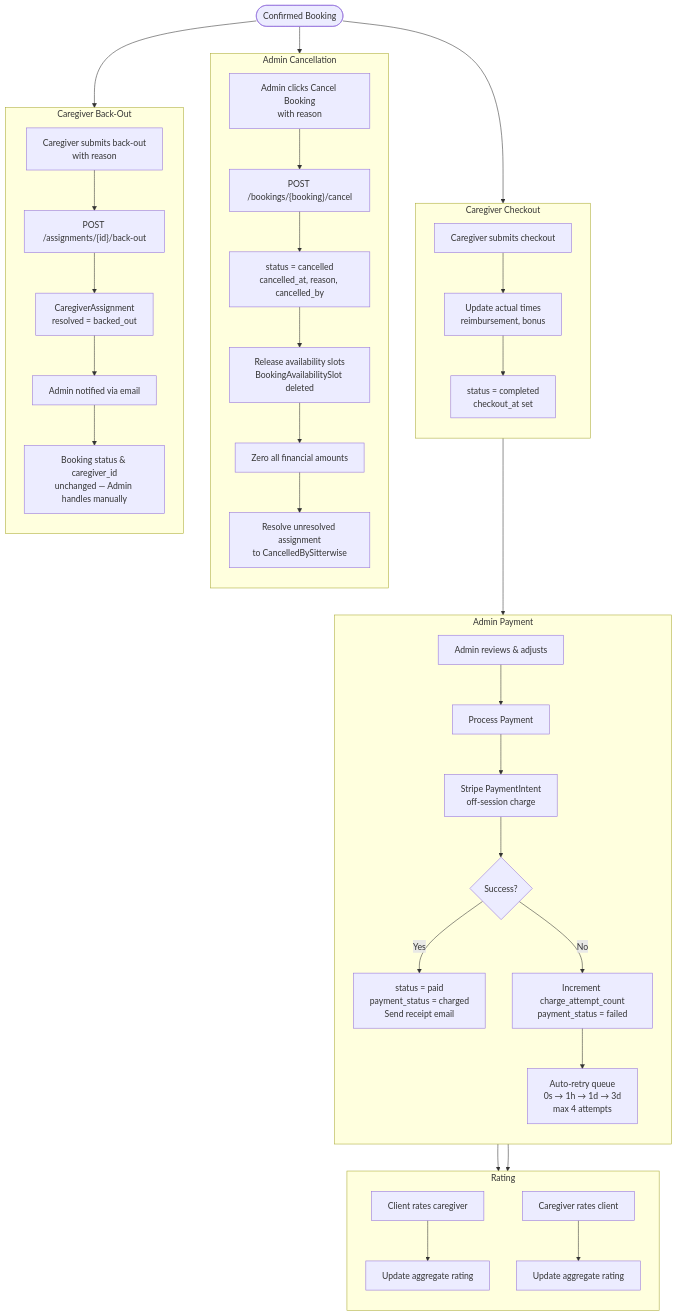
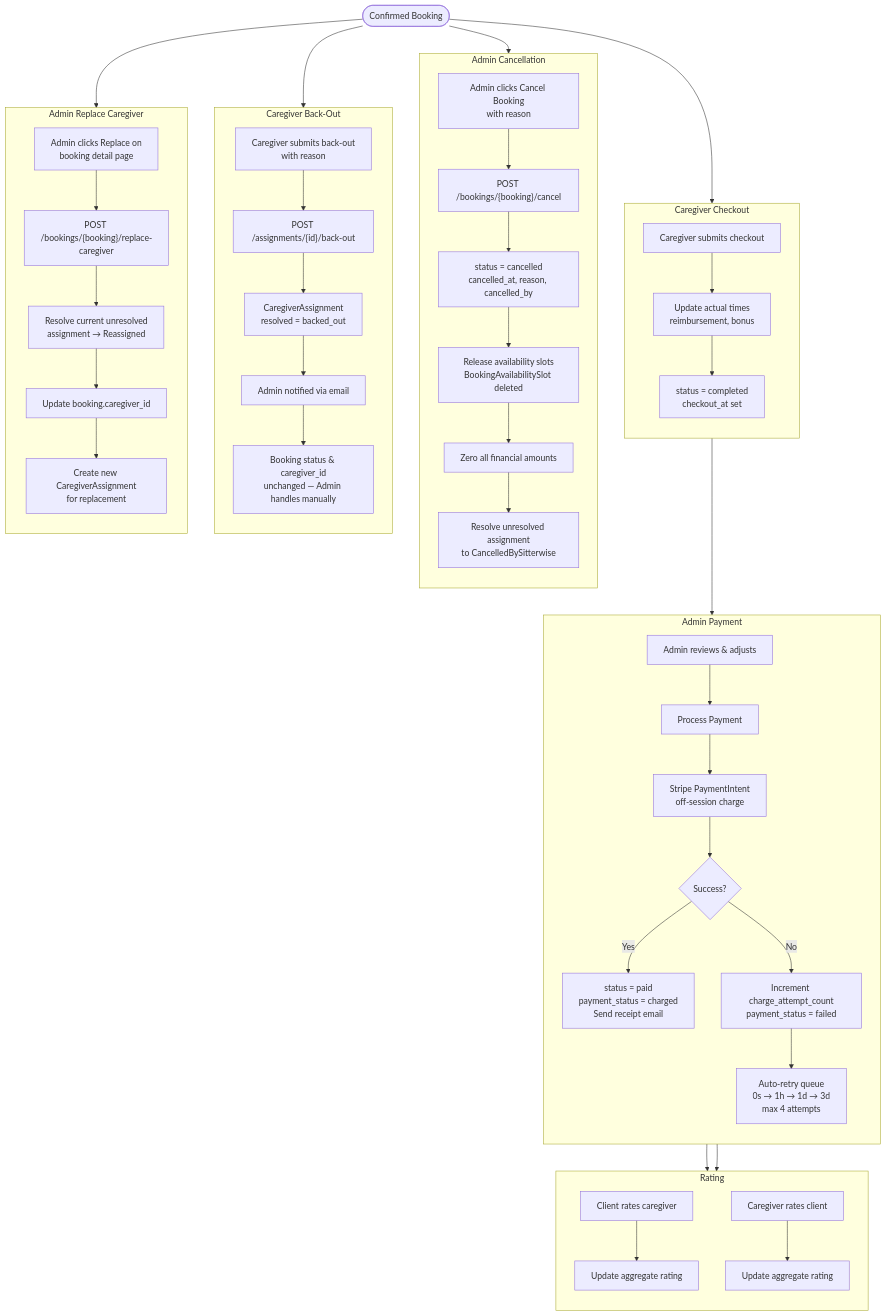
The fifth of 12 diagrams in docs/booking-flow.md (r00t4bl3/sitterwise), drawn with Mermaid before and after one commit. The commit also changed other lines of this file and 16 other files, not shown here.

First line of the commit message:
feat: add replace caregiver functionality to booking management

````diff
--- a/docs/booking-flow.md
+++ b/docs/booking-flow.md
@@ -187,49 +187,58 @@
 ```mermaid
 flowchart TD
     START(["Confirmed Booking"]) --> CO
     START --> BO
+    START --> RC
     START --> CA
 
     subgraph CO["Caregiver Checkout"]
         direction TB
         CO1[Caregiver submits checkout] --> CO2[Update actual times<br/>reimbursement, bonus]
         CO2 --> CO3[status = completed<br/>checkout_at set]
     end
 
     subgraph Payment["Admin Payment"]
         direction TB
         P1[Admin reviews & adjusts] --> P2[Process Payment]
         P2 --> P3[Stripe PaymentIntent<br/>off-session charge]
         P3 --> P4{Success?}
         P4 -->|Yes| P5[status = paid<br/>payment_status = charged<br/>Send receipt email]
         P4 -->|No| P6[Increment charge_attempt_count<br/>payment_status = failed]
         P6 --> P7[Auto-retry queue<br/>0s → 1h → 1d → 3d<br/>max 4 attempts]
     end
 
     subgraph Rating["Rating"]
         direction TB
         R1[Client rates caregiver] --> R2[Update aggregate rating]
         R3[Caregiver rates client] --> R4[Update aggregate rating]
     end
 
     subgraph CA["Admin Cancellation"]
         direction TB
         CA1[Admin clicks Cancel Booking<br/>with reason] --> CA2["POST /bookings/{booking}/cancel"]
         CA2 --> CA3[status = cancelled<br/>cancelled_at, reason, cancelled_by]
         CA3 --> CA3b[Release availability slots<br/>BookingAvailabilitySlot deleted]
         CA3b --> CA4[Zero all financial amounts]
         CA4 --> CA5[Resolve unresolved assignment<br/>to CancelledBySitterwise]
     end
 
     subgraph BO["Caregiver Back-Out"]
         direction TB
         BO1[Caregiver submits back-out<br/>with reason] --> BO2["POST /assignments/{id}/back-out"]
         BO2 --> BO3[CaregiverAssignment<br/>resolved = backed_out]
         BO3 --> BO4[Admin notified via email]
         BO4 --> BO5[Booking status & caregiver_id<br/>unchanged — Admin handles manually]
     end
 
+    subgraph RC["Admin Replace Caregiver"]
+        direction TB
+        RC1[Admin clicks Replace on<br/>booking detail page] --> RC2["POST /bookings/{booking}/replace-caregiver"]
+        RC2 --> RC3[Resolve current unresolved<br/>assignment → Reassigned]
+        RC3 --> RC4[Update booking.caregiver_id]
+        RC4 --> RC5[Create new CaregiverAssignment<br/>for replacement]
+    end
+
     CO3 --> P1
     P5 --> R1
     P5 --> R3
 ```
````
